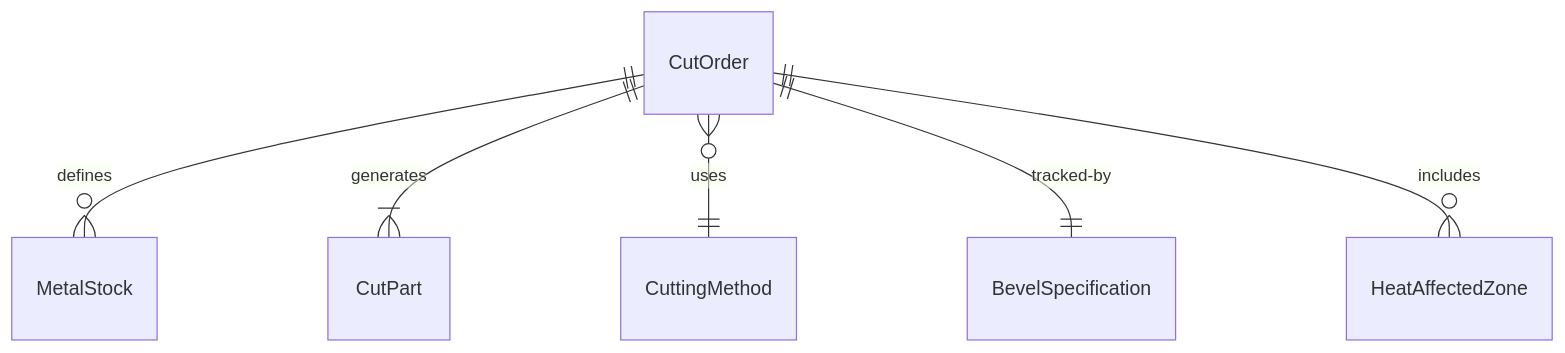
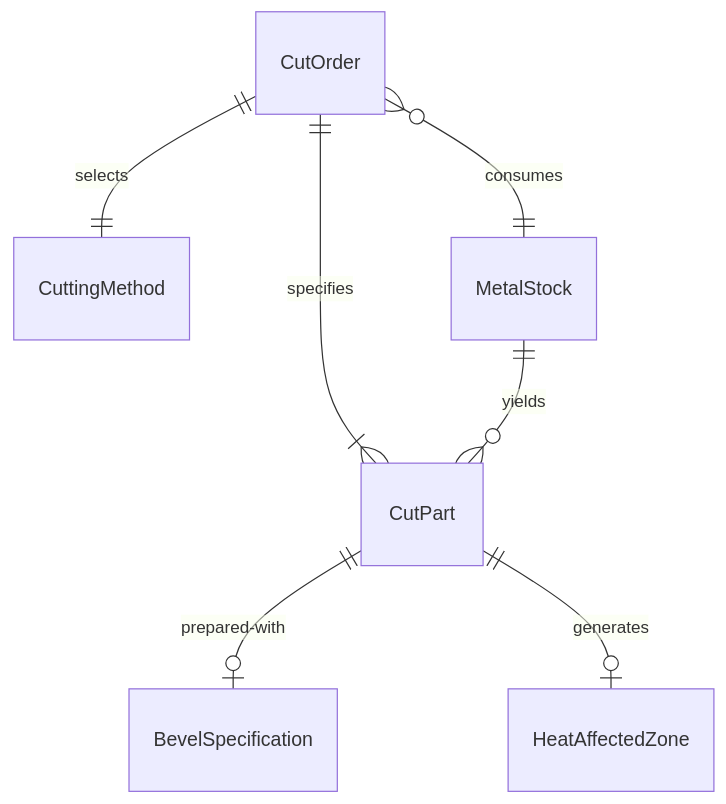
The first of 4 diagrams in HandlingAndMovingObjects/CutMaterials/CutMetalComponentsInstallation.mdx (dot-org-ai/tasks.org.ai), drawn with Mermaid before and after one commit. The commit also changed other lines of this file and 515 other files, not shown here.

````diff
--- a/HandlingAndMovingObjects/CutMaterials/CutMetalComponentsInstallation.mdx
+++ b/HandlingAndMovingObjects/CutMaterials/CutMetalComponentsInstallation.mdx
@@ -87,8 +87,9 @@
 ```mermaid
 erDiagram
-    CutOrder ||--o{ MetalStock : "defines"
-    CutOrder ||--|{ CutPart : "generates"
-    CutOrder }o--|| CuttingMethod : "uses"
-    CutOrder ||--|| BevelSpecification : "tracked-by"
-    CutOrder ||--o{ HeatAffectedZone : "includes"
+    CutOrder ||--|{ CutPart : "specifies"
+    CutOrder ||--|| CuttingMethod : "selects"
+    MetalStock ||--o{ CutPart : "yields"
+    CutPart ||--o| BevelSpecification : "prepared-with"
+    CutPart ||--o| HeatAffectedZone : "generates"
+    CutOrder }o--|| MetalStock : "consumes"
 ```
````
